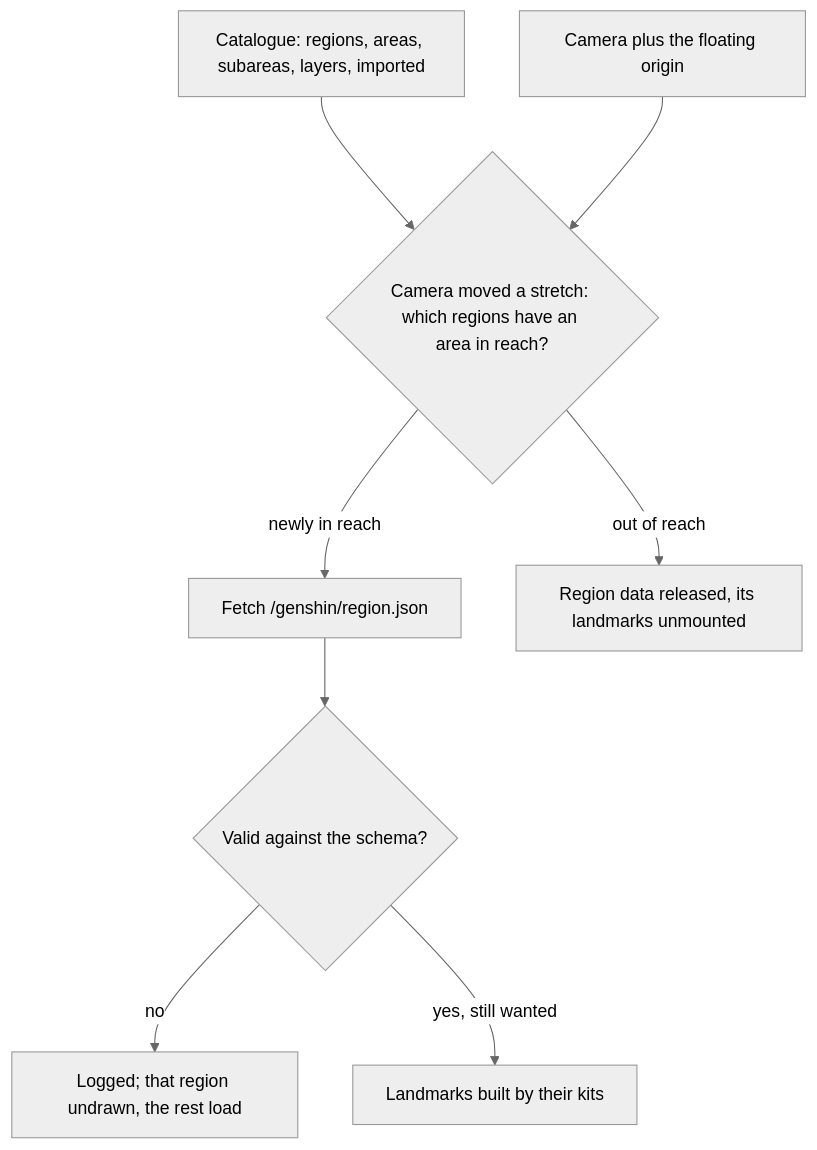
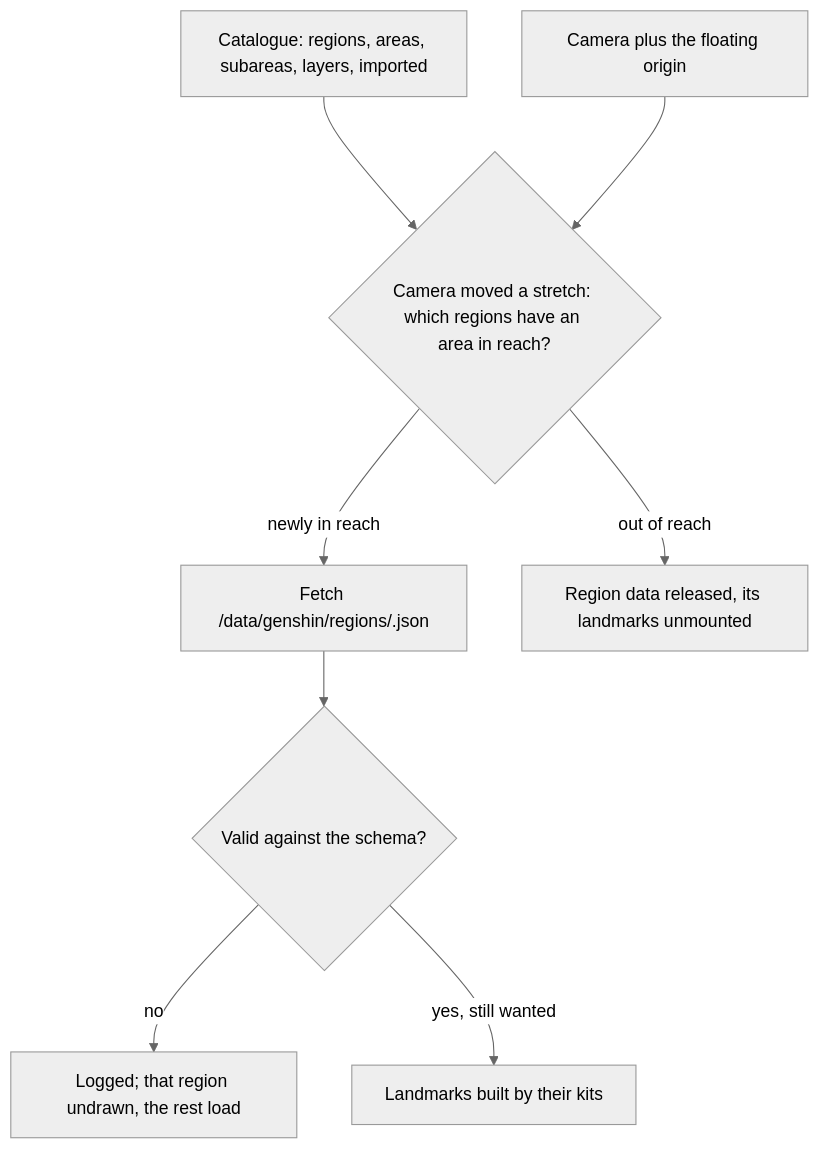
Before and after one commit to Esposter/Esposter: the diagram in apps/web/content/docs/genshin/world-map.md, drawn with Mermaid (neutral theme).

Commit message:
docs(genshin): the world map's diagram fetches a region from its served path
Drains: 5353615173

````diff
--- a/apps/web/content/docs/genshin/world-map.md
+++ b/apps/web/content/docs/genshin/world-map.md
@@ -12,10 +12,10 @@
 ```mermaid
 flowchart TD
   CAT[Catalogue: regions, areas, subareas, layers, imported] --> R{Camera moved a stretch: which regions have an area in reach?}
   CAM[Camera plus the floating origin] --> R
-  R -->|newly in reach| F[Fetch /genshin/region.json]
+  R -->|newly in reach| F["Fetch /data/genshin/regions/<region>.json"]
   F --> Z{Valid against the schema?}
   Z -->|no| ERR[Logged; that region undrawn, the rest load]
   Z -->|yes, still wanted| USE[Landmarks built by their kits]
   R -->|out of reach| DROP[Region data released, its landmarks unmounted]
 ```
````
